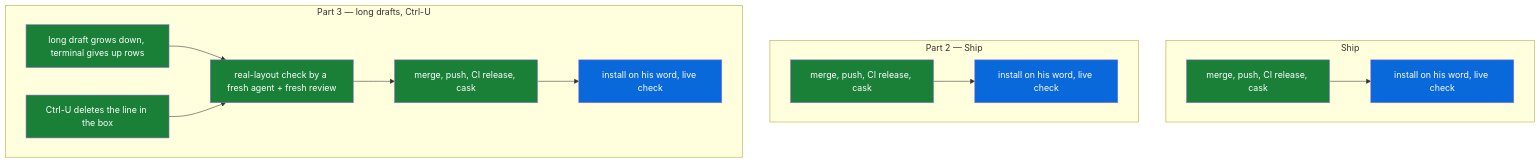
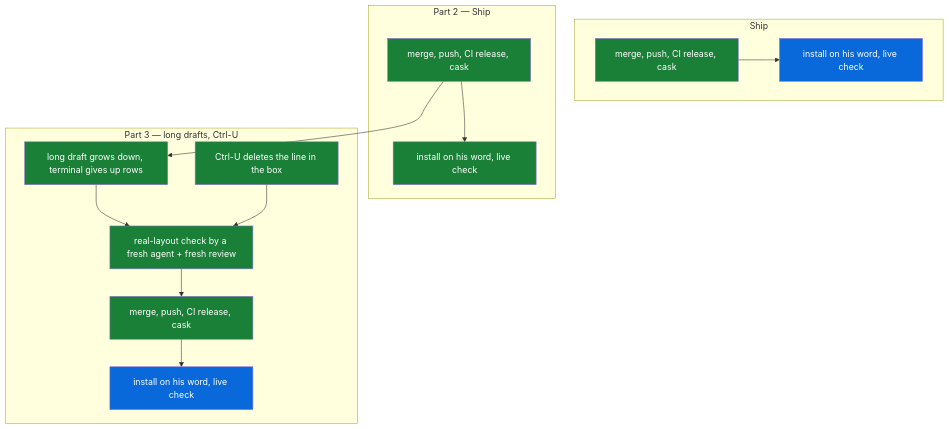
The diagram in docs/compose-box.md (michaeljryoung/patton), drawn with Mermaid before and after one commit. The commit also changed other lines of this file and 4 other files, not shown here.

First line of the commit message:
Reality check (S62): okay_button superseded, bar_ship done, review-tab evidence resolvable, rt_ship live

````diff
--- a/docs/compose-box.md
+++ b/docs/compose-box.md
@@ -14,30 +14,31 @@
 ```mermaid
 flowchart TD
   subgraph S["Ship"]
     box_release[merge, push, CI release, cask]:::done
     box_ship[install on his word, live check]:::live
   end
   subgraph OS["Part 2 — Ship"]
     bar_release[merge, push, CI release, cask]:::done
-    bar_ship[install on his word, live check]:::live
+    bar_ship[install on his word, live check]:::done
   end
   subgraph P3["Part 3 — long drafts, Ctrl-U"]
     draft_room[long draft grows down, terminal gives up rows]:::done
     ctrl_u[Ctrl-U deletes the line in the box]:::done
     room_check[real-layout check by a fresh agent + fresh review]:::done
     room_release[merge, push, CI release, cask]:::done
     room_ship[install on his word, live check]:::live
   end
+  bar_release --> draft_room
   draft_room --> room_check
   ctrl_u --> room_check
   room_check --> room_release
   room_release --> room_ship
   box_release --> box_ship
   bar_release --> bar_ship
   classDef done fill:#1a7f37,color:#fff
   classDef live fill:#0969da,color:#fff
   classDef todo fill:#8c959f,color:#fff
   classDef blocked fill:#cf222e,color:#fff
   classDef dropped fill:#eaeef2,color:#57606a
   classDef superseded fill:#eaeef2,color:#57606a
 ```
````
